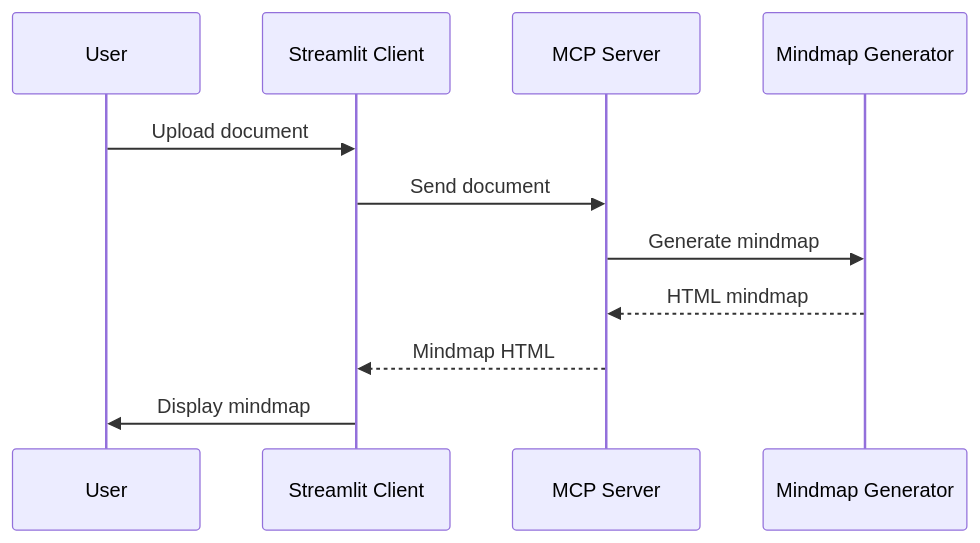
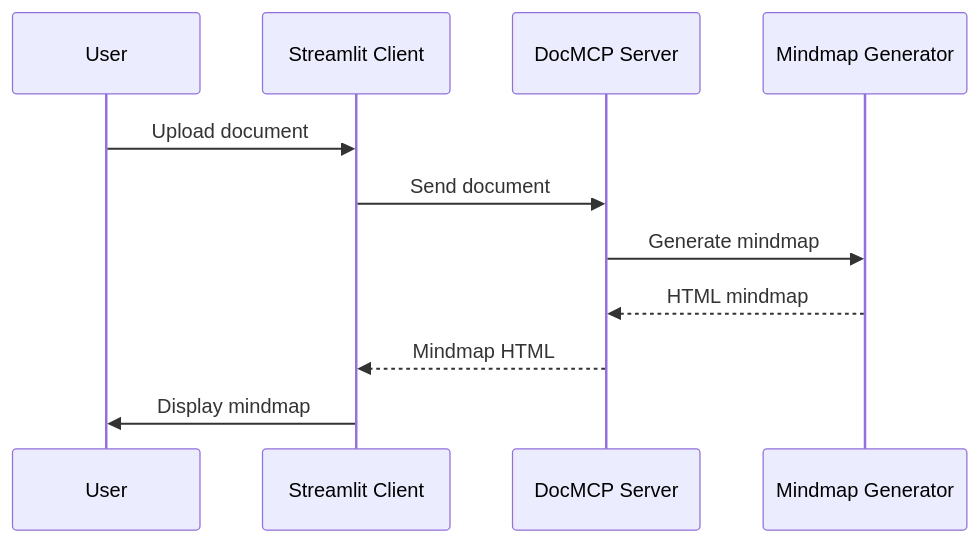
One commit to theodoremui/bioreasoning changed the second of 4 diagrams in docs/architecture.md. Above: the diagram before and after it, drawn with Mermaid. The commit also changed other lines of this file and 26 other files, not shown here.

````diff
--- a/docs/architecture.md
+++ b/docs/architecture.md
@@ -47,14 +46,14 @@
 ```mermaid
 sequenceDiagram
     participant User
     participant Client as Streamlit Client
-    participant Server as MCP Server
+    participant Server as DocMCP Server
     participant MindMap as Mindmap Generator
 
     User->>Client: Upload document
     Client->>Server: Send document
     Server->>MindMap: Generate mindmap
     MindMap-->>Server: HTML mindmap
     Server-->>Client: Mindmap HTML
     Client->>User: Display mindmap
 ```
````
